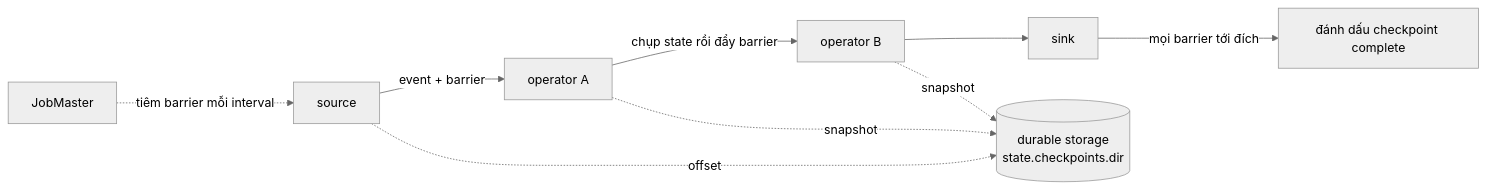
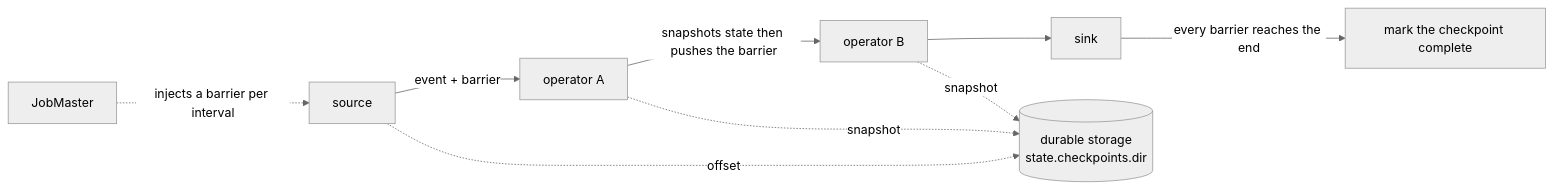
Before and after one commit to vuhoang001/knowledge: the diagram in i18n/en/docusaurus-plugin-content-docs/current/etl/flink/reference/state-and-checkpoint.md, drawn with Mermaid (neutral theme). The commit also changed other lines of this file and 21 other files, not shown here.

````diff
--- a/i18n/en/docusaurus-plugin-content-docs/current/etl/flink/reference/state-and-checkpoint.md
+++ b/i18n/en/docusaurus-plugin-content-docs/current/etl/flink/reference/state-and-checkpoint.md
@@ -180,11 +179,11 @@
 ```mermaid
 flowchart LR
-    JM[JobMaster] -.tiêm barrier mỗi interval.-> SRC[source]
+    JM[JobMaster] -.injects a barrier per interval.-> SRC[source]
     SRC -->|event + barrier| OP1[operator A]
-    OP1 -->|chụp state rồi đẩy barrier| OP2[operator B]
+    OP1 -->|snapshots state then pushes the barrier| OP2[operator B]
     OP2 --> SNK[sink]
     OP1 -. snapshot .-> DFS[(durable storage<br/>state.checkpoints.dir)]
     OP2 -. snapshot .-> DFS
     SRC -. offset .-> DFS
-    SNK -->|mọi barrier tới đích| DONE[đánh dấu checkpoint complete]
+    SNK -->|every barrier reaches the end| DONE[mark the checkpoint complete]
 ```
````
